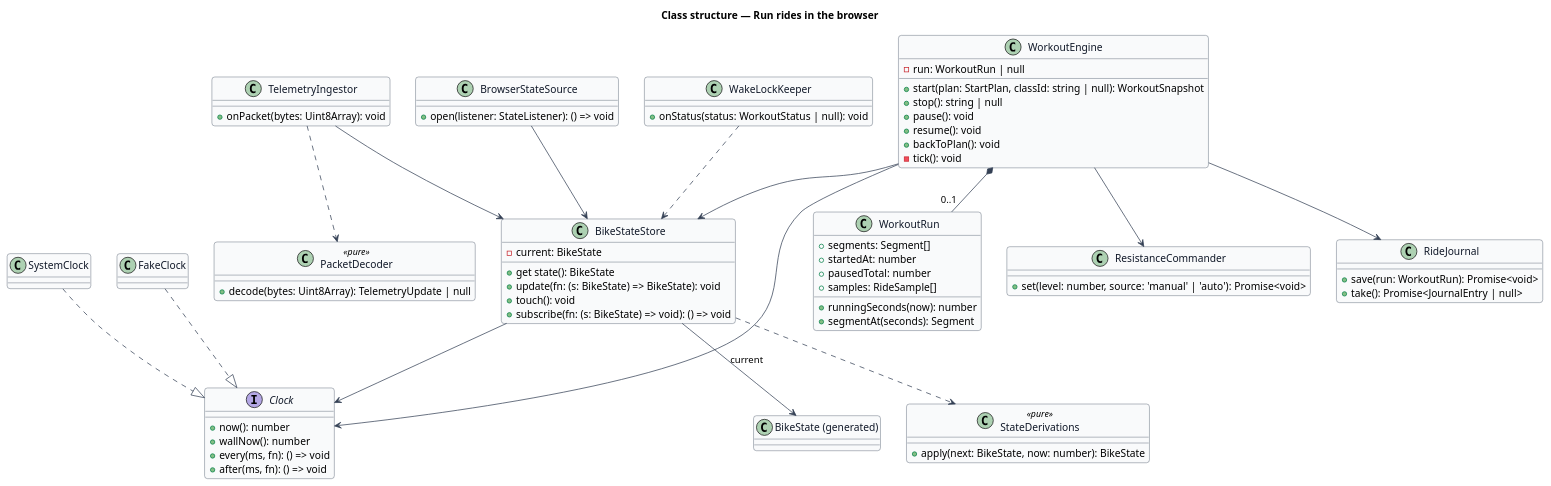
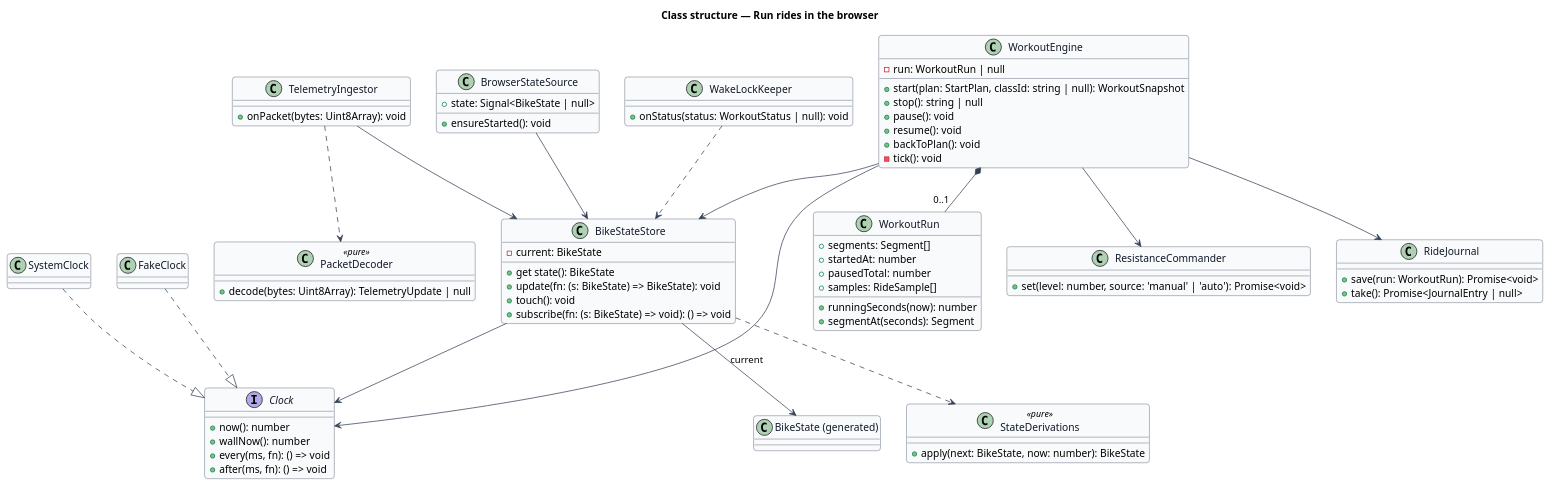
One commit to QuinntyneBrown/ride-one changed the diagram in docs/detailed-designs/browser-edition/run-rides-in-browser/diagrams/class-structure.puml. Above: the diagram before and after it, drawn with PlantUML. The commit also changed 31 other files, not shown here.

```diff
--- a/docs/detailed-designs/browser-edition/run-rides-in-browser/diagrams/class-structure.puml
+++ b/docs/detailed-designs/browser-edition/run-rides-in-browser/diagrams/class-structure.puml
@@ -1,84 +1,85 @@
 @startuml
 skinparam backgroundColor #FFFFFF
 skinparam shadowing false
 skinparam roundcorner 8
 skinparam defaultFontName Arial
 skinparam ArrowColor #344054
 skinparam class {
   BorderColor #344054
   FontColor #101828
   BackgroundColor #F9FAFB
 }
 title Class structure — Run rides in the browser
 
 interface Clock {
   +now(): number
   +wallNow(): number
   +every(ms, fn): () => void
   +after(ms, fn): () => void
 }
 class SystemClock
 class FakeClock
 class BikeStateStore {
   -current: BikeState
   +get state(): BikeState
   +update(fn: (s: BikeState) => BikeState): void
   +touch(): void
   +subscribe(fn: (s: BikeState) => void): () => void
 }
 class StateDerivations <<pure>> {
   +apply(next: BikeState, now: number): BikeState
 }
 class PacketDecoder <<pure>> {
   +decode(bytes: Uint8Array): TelemetryUpdate | null
 }
 class TelemetryIngestor {
   +onPacket(bytes: Uint8Array): void
 }
 class WorkoutEngine {
   -run: WorkoutRun | null
   +start(plan: StartPlan, classId: string | null): WorkoutSnapshot
   +stop(): string | null
   +pause(): void
   +resume(): void
   +backToPlan(): void
   -tick(): void
 }
 class WorkoutRun {
   +segments: Segment[]
   +startedAt: number
   +pausedTotal: number
   +samples: RideSample[]
   +runningSeconds(now): number
   +segmentAt(seconds): Segment
 }
 class ResistanceCommander {
   +set(level: number, source: 'manual' | 'auto'): Promise<void>
 }
 class BrowserStateSource {
-  +open(listener: StateListener): () => void
+  +state: Signal<BikeState | null>
+  +ensureStarted(): void
 }
 class RideJournal {
   +save(run: WorkoutRun): Promise<void>
   +take(): Promise<JournalEntry | null>
 }
 class WakeLockKeeper {
   +onStatus(status: WorkoutStatus | null): void
 }
 class "BikeState (generated)" as BikeState
 
 SystemClock ..|> Clock
 FakeClock ..|> Clock
 BikeStateStore ..> StateDerivations
 BikeStateStore --> Clock
 BikeStateStore --> BikeState : current
 TelemetryIngestor ..> PacketDecoder
 TelemetryIngestor --> BikeStateStore
 WorkoutEngine --> Clock
 WorkoutEngine *-- "0..1" WorkoutRun
 WorkoutEngine --> ResistanceCommander
 WorkoutEngine --> BikeStateStore
 WorkoutEngine --> RideJournal
 BrowserStateSource --> BikeStateStore
 WakeLockKeeper ..> BikeStateStore
 @enduml
```
